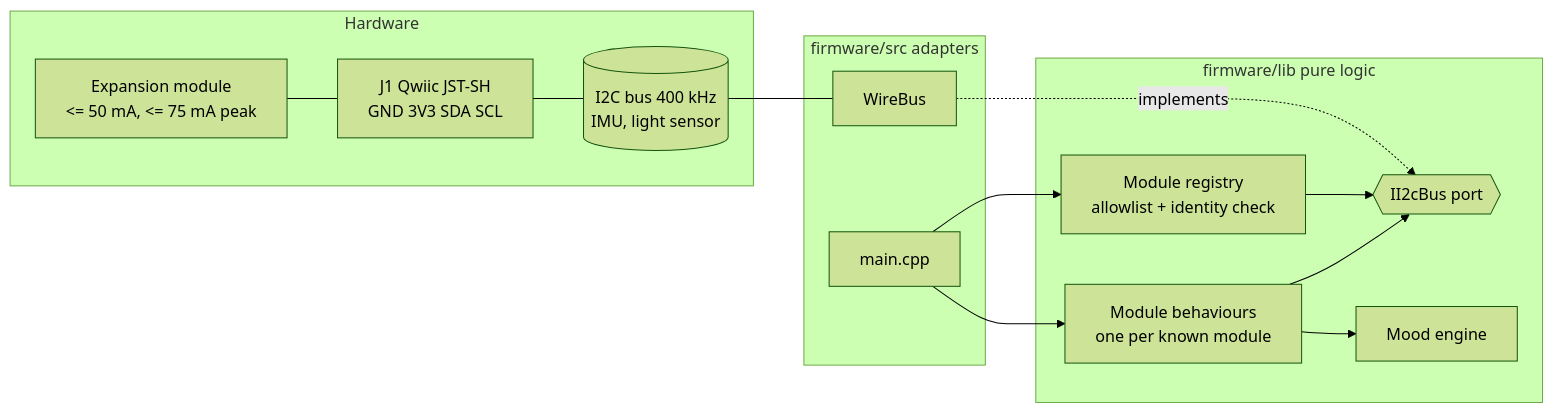
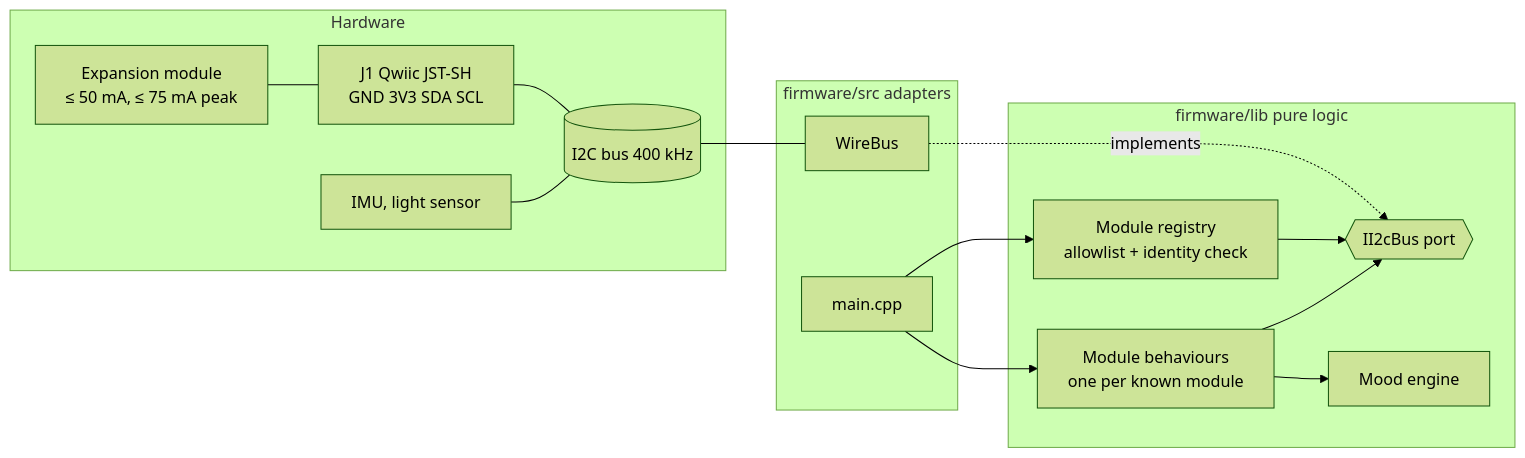
Before and after one commit to benoit-bremaud/cubbies: the diagram in docs/architecture/diagrams/expansion-port/03-component.md, drawn with Mermaid (forest theme). The commit also changed 8 other files, not shown here.

````diff
--- a/docs/architecture/diagrams/expansion-port/03-component.md
+++ b/docs/architecture/diagrams/expansion-port/03-component.md
@@ -15,25 +15,28 @@
 ```mermaid
 flowchart LR
   subgraph HW[Hardware]
-    J1[J1 Qwiic JST-SH\nGND 3V3 SDA SCL]
-    MOD[Expansion module\n<= 50 mA, <= 75 mA peak]
-    BUS[(I2C bus 400 kHz\nIMU, light sensor)]
+    J1["J1 Qwiic JST-SH<br/>GND 3V3 SDA SCL"]
+    MOD["Expansion module<br/>≤ 50 mA, ≤ 75 mA peak"]
+    BUS[("I2C bus 400 kHz")]
+    SENS["IMU, light sensor"]
   end
   subgraph SRC[firmware/src adapters]
     W[WireBus]
     MAIN[main.cpp]
   end
   subgraph LIB[firmware/lib pure logic]
     P{{II2cBus port}}
-    REG[Module registry\nallowlist + identity check]
-    BEH[Module behaviours\none per known module]
+    REG["Module registry<br/>allowlist + identity check"]
+    BEH["Module behaviours<br/>one per known module"]
     ME[Mood engine]
   end
-  MOD --- J1 --- BUS --- W
+  MOD --- J1 --- BUS
+  SENS --- BUS
+  BUS --- W
   W -. implements .-> P
   REG --> P
   BEH --> P
   BEH --> ME
   MAIN --> REG
   MAIN --> BEH
 ```
````
